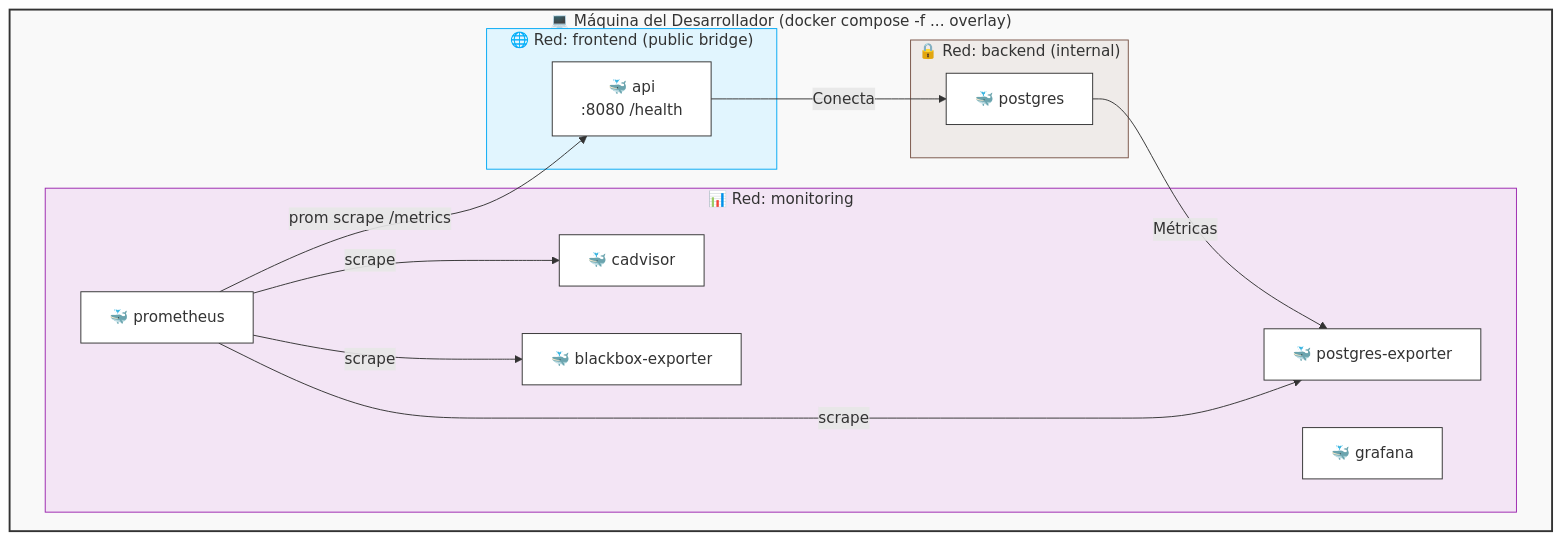
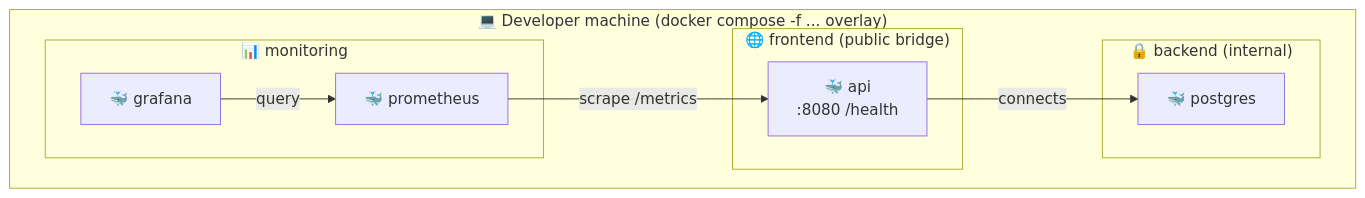
The diagram in .docs/monitoring/README.md (JalaU-Capstones/gameapi), drawn with Mermaid before and after one commit. The commit also changed other lines of this file, not shown here.

First line of the commit message:
docs(monitoring): update README — roadmap, first-run checklist, Makefile targets

````diff
--- a/.docs/monitoring/README.md
+++ b/.docs/monitoring/README.md
@@ -14,42 +14,21 @@
 ```mermaid
 graph TD
-    %% Estilos de Redes/Cajas
-    subgraph DevMachine["💻 Máquina del Desarrollador (docker compose -f ... overlay)"]
-
-        subgraph NetFrontend["🌐 Red: frontend (public bridge)"]
+    subgraph DevMachine["💻 Developer machine (docker compose -f ... overlay)"]
+        subgraph NetFrontend["🌐 frontend (public bridge)"]
             api["🐳 api<br/>:8080 /health"]
         end
 
-        subgraph NetBackend["🔒 Red: backend (internal)"]
+        subgraph NetBackend["🔒 backend (internal)"]
             postgres["🐳 postgres"]
         end
 
-        subgraph NetMonitoring["📊 Red: monitoring"]
+        subgraph NetMonitoring["📊 monitoring"]
             prometheus["🐳 prometheus"]
             grafana["🐳 grafana"]
-            cadvisor["🐳 cadvisor"]
-            blackbox["🐳 blackbox-exporter"]
-            pg_exporter["🐳 postgres-exporter"]
         end
-
     end
 
-    %% Conexiones y Flujos
-    api -->|Conecta| postgres
-    postgres -->|Métricas| pg_exporter
-
-    %% Scrape de Prometheus
-    prometheus -->|prom scrape /metrics| api
-    prometheus -->|scrape| pg_exporter
-    prometheus -->|scrape| cadvisor
-    prometheus -->|scrape| blackbox
-
-    %% Estilos Visuales
-    style DevMachine fill:#f9f9f9,stroke:#333,stroke-width:2px
-    style NetFrontend fill:#e1f5fe,stroke:#03a9f4,stroke-width:1px
-    style NetBackend fill:#efebe9,stroke:#795548,stroke-width:1px
-    style NetMonitoring fill:#f3e5f5,stroke:#9c27b0,stroke-width:1px
-
-    classDef container fill:#fff,stroke:#333,stroke-width:1px,text-align:center;
-    class api,postgres,prometheus,grafana,cadvisor,blackbox,pg_exporter container;
+    api -->|connects| postgres
+    prometheus -->|scrape /metrics| api
+    grafana -->|query| prometheus
 ```
````
